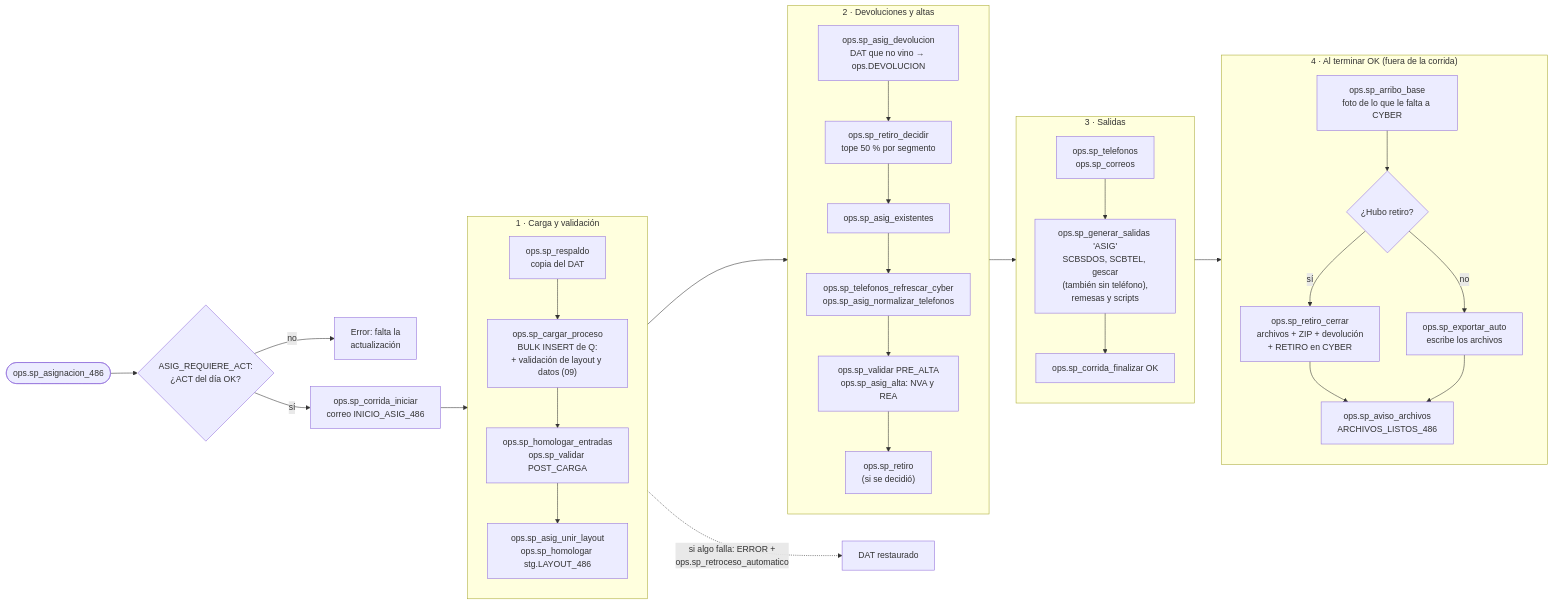
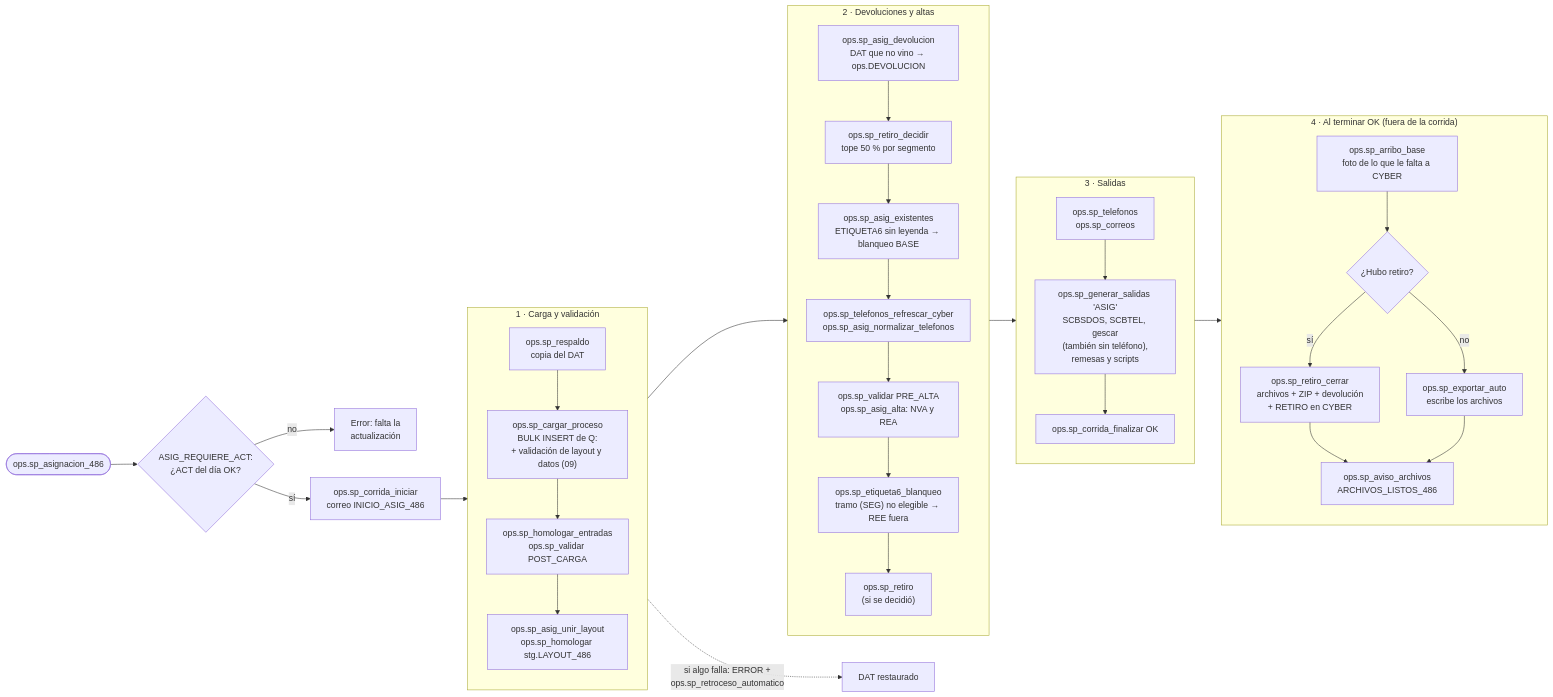
The diagram in docs/flujo/mmd/03_asignacion.mmd (0marMF/Banbaj), drawn with Mermaid before and after one commit. The commit also changed 39 other files, not shown here.

```diff
--- a/docs/flujo/mmd/03_asignacion.mmd
+++ b/docs/flujo/mmd/03_asignacion.mmd
@@ -1,36 +1,37 @@
 flowchart LR
     S(["ops.sp_asignacion_486"]) --> S0{"ASIG_REQUIERE_ACT:<br/>¿ACT del día OK?"}
     S0 -- no --> SX["Error: falta la<br/>actualización"]
     S0 -- sí --> S1["ops.sp_corrida_iniciar<br/>correo INICIO_ASIG_486"]
     subgraph F1["1 · Carga y validación"]
         direction TB
         A1["ops.sp_respaldo<br/>copia del DAT"] --> A2["ops.sp_cargar_proceso<br/>BULK INSERT de Q:<br/>+ validación de layout y datos (09)"]
         A2 --> A3["ops.sp_homologar_entradas<br/>ops.sp_validar POST_CARGA"]
         A3 --> A4["ops.sp_asig_unir_layout<br/>ops.sp_homologar stg.LAYOUT_486"]
     end
     subgraph F2["2 · Devoluciones y altas"]
         direction TB
         A5["ops.sp_asig_devolucion<br/>DAT que no vino → ops.DEVOLUCION"] --> A6["ops.sp_retiro_decidir<br/>tope 50 % por segmento"]
-        A6 --> A7["ops.sp_asig_existentes"]
+        A6 --> A7["ops.sp_asig_existentes<br/>ETIQUETA6 sin leyenda → blanqueo BASE"]
         A7 --> A8["ops.sp_telefonos_refrescar_cyber<br/>ops.sp_asig_normalizar_telefonos"]
         A8 --> A9["ops.sp_validar PRE_ALTA<br/>ops.sp_asig_alta: NVA y REA"]
-        A9 --> A10["ops.sp_retiro<br/>(si se decidió)"]
+        A9 --> A9b["ops.sp_etiqueta6_blanqueo<br/>tramo (SEG) no elegible → REE fuera"]
+        A9b --> A10["ops.sp_retiro<br/>(si se decidió)"]
     end
     subgraph F3["3 · Salidas"]
         direction TB
         A11["ops.sp_telefonos<br/>ops.sp_correos"] --> A12["ops.sp_generar_salidas 'ASIG'<br/>SCBSDOS, SCBTEL, gescar<br/>(también sin teléfono),<br/>remesas y scripts"]
         A12 --> A13["ops.sp_corrida_finalizar OK"]
     end
     subgraph F4["4 · Al terminar OK (fuera de la corrida)"]
         direction TB
         P1["ops.sp_arribo_base<br/>foto de lo que le falta a CYBER"] --> P2{"¿Hubo retiro?"}
         P2 -- sí --> P3["ops.sp_retiro_cerrar<br/>archivos + ZIP + devolución<br/>+ RETIRO en CYBER"]
         P2 -- no --> P4["ops.sp_exportar_auto<br/>escribe los archivos"]
         P3 --> P5["ops.sp_aviso_archivos<br/>ARCHIVOS_LISTOS_486"]
         P4 --> P5
     end
     S1 --> A1
     A4 --> A5
     A10 --> A11
     A13 --> P1
     F1 -. "si algo falla: ERROR +<br/>ops.sp_retroceso_automatico" .-> R["DAT restaurado"]
```
